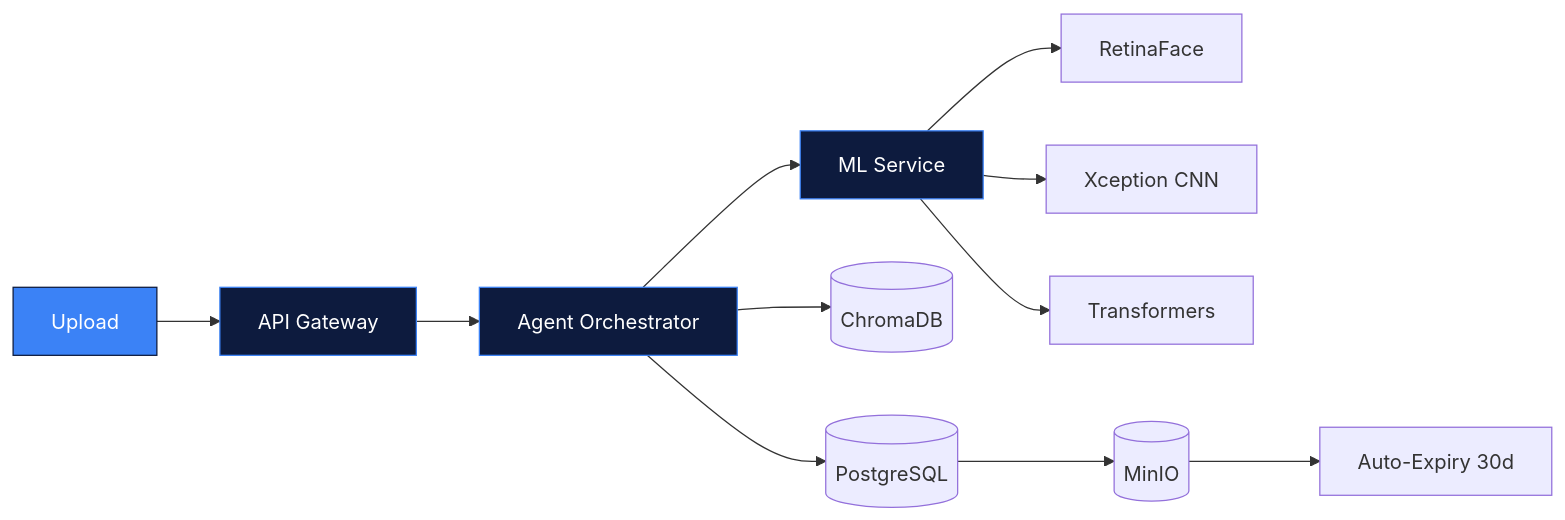
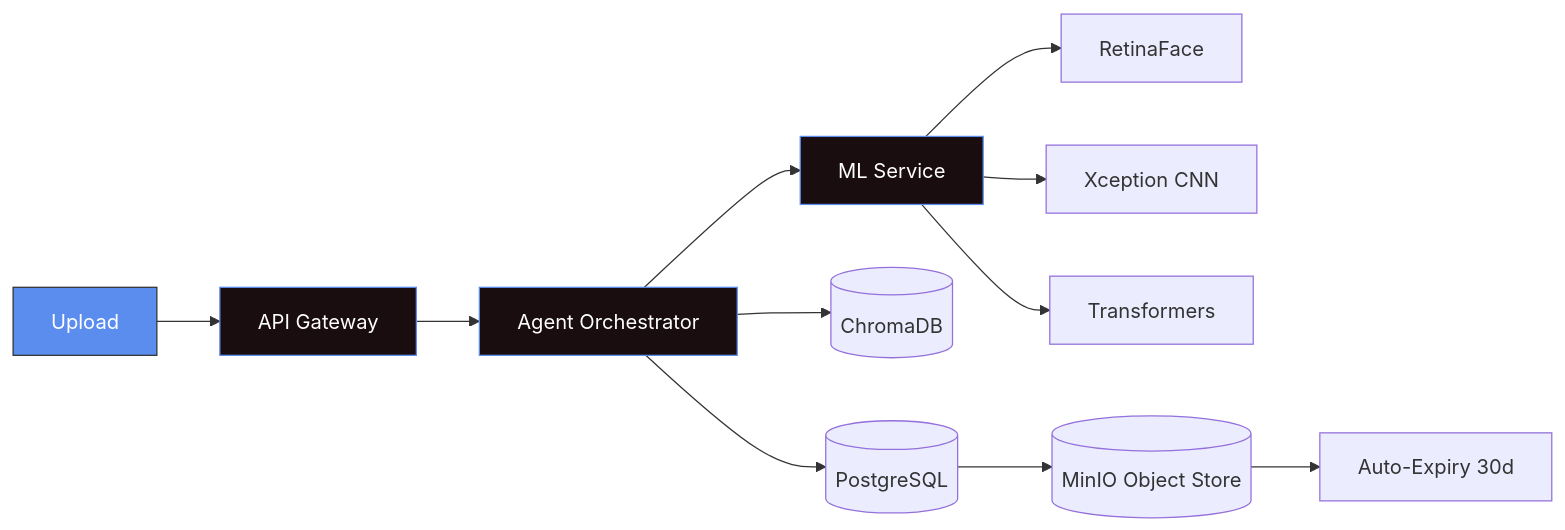
Before and after one commit to Santhosh-p653/Santhosh-p653: the first of 7 diagrams in README.md, drawn with Mermaid. The commit also changed other lines of this file, not shown here.

````diff
--- a/README.md
+++ b/README.md
@@ -138,18 +178,18 @@
 ```mermaid
 flowchart LR
     U[Upload] --> API[API Gateway]
     API --> AG[Agent Orchestrator]
     AG --> ML[ML Service]
     ML --> RF[RetinaFace]
     ML --> XC[Xception CNN]
     ML --> TR[Transformers]
     AG --> CH[(ChromaDB)]
     AG --> PG[(PostgreSQL)]
-    PG --> MI[(MinIO)]
+    PG --> MI[(MinIO Object Store)]
     MI --> EX[Auto-Expiry 30d]
 
-    style U fill:#3b82f6,stroke:#0d1b3e,color:#fff
-    style API fill:#0d1b3e,stroke:#3b82f6,color:#fff
-    style AG fill:#0d1b3e,stroke:#3b82f6,color:#fff
-    style ML fill:#0d1b3e,stroke:#3b82f6,color:#fff
+    style U fill:#5B8DEF,stroke:#333,color:#fff
+    style API fill:#1a0d0f,stroke:#5B8DEF,color:#fff
+    style AG fill:#1a0d0f,stroke:#5B8DEF,color:#fff
+    style ML fill:#1a0d0f,stroke:#5B8DEF,color:#fff
 ```
````
